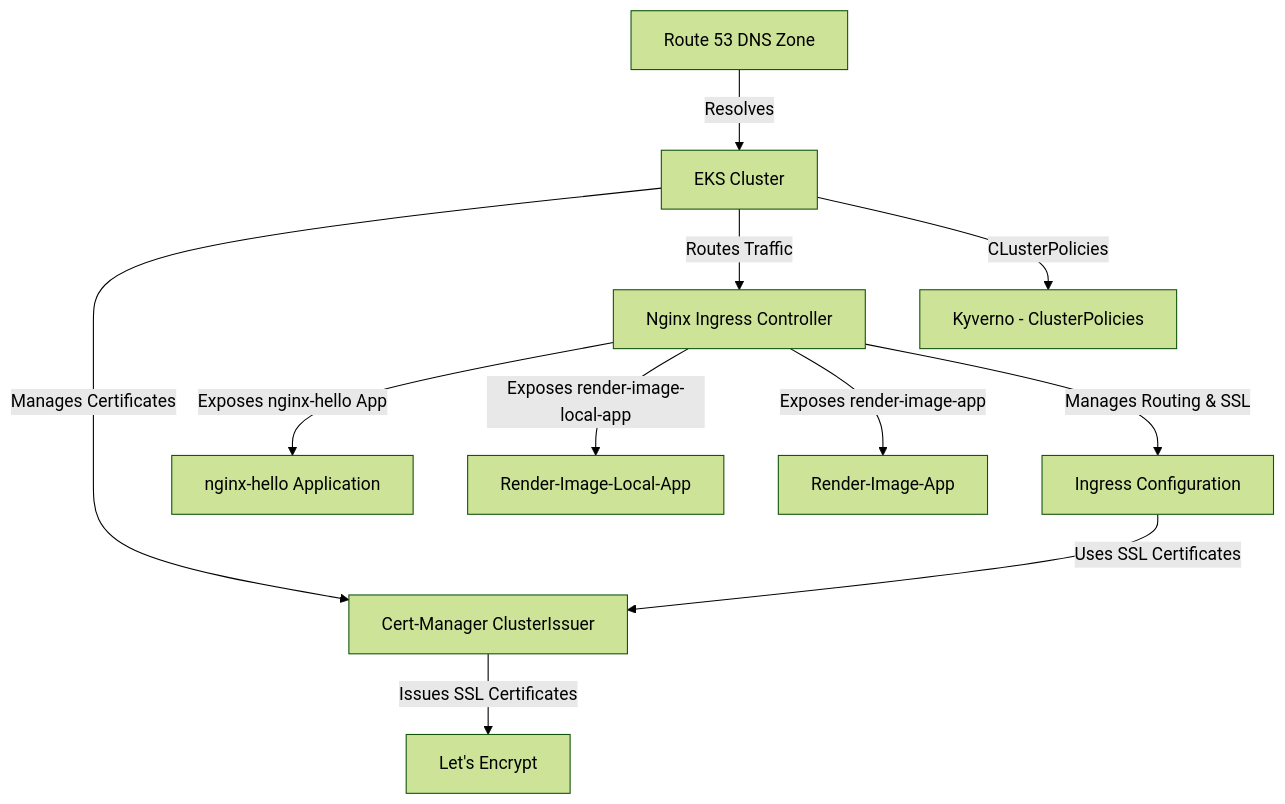
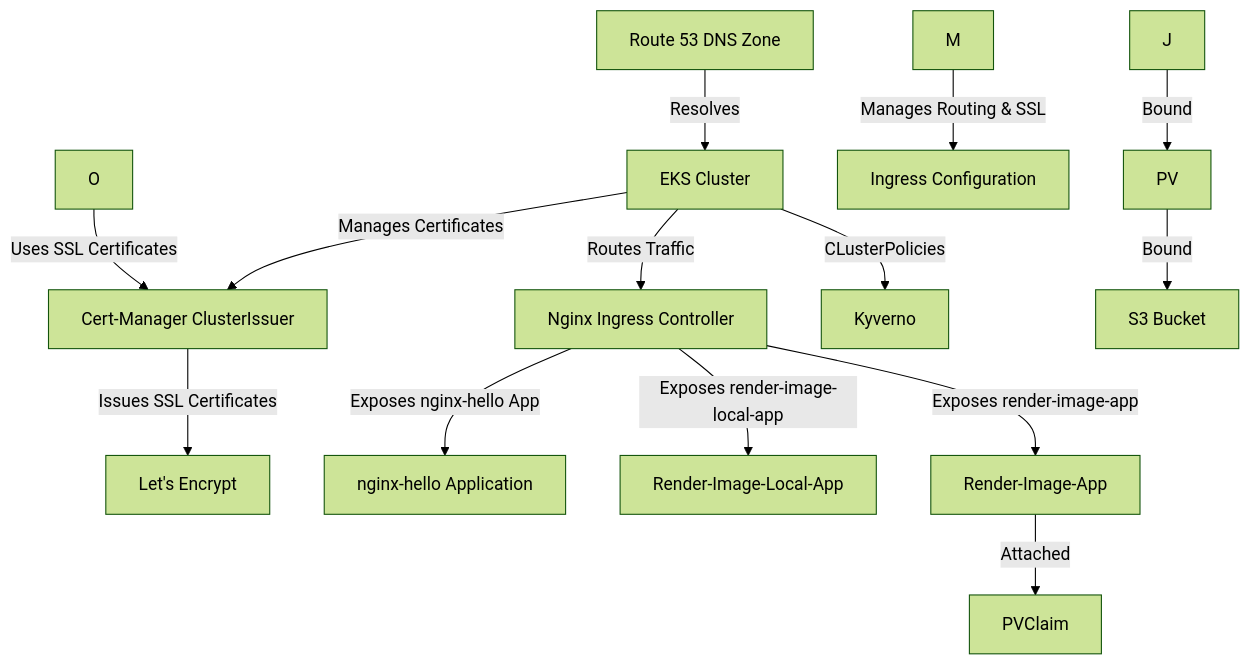
The diagram in accounts/new-work/workload/configuration/README.md (FedericoDelSaz/EKS-S3-AWS), drawn with Mermaid (forest theme) before and after one commit.

````diff
--- a/accounts/new-work/workload/configuration/README.md
+++ b/accounts/new-work/workload/configuration/README.md
@@ -50,15 +50,17 @@
 ```mermaid
 graph TD;
   A[Route 53 DNS Zone] -->|Resolves| B[EKS Cluster];
   B -->|Manages Certificates| C[Cert-Manager ClusterIssuer];
   C -->|Issues SSL Certificates| D[Let's Encrypt];
   B -->|Routes Traffic| E[Nginx Ingress Controller];
-  B -->|CLusterPolicies| J[Kyverno];
+  B -->|CLusterPolicies| P[Kyverno];
   E -->|Exposes nginx-hello App| F[nginx-hello Application];
   E -->|Exposes render-image-local-app| G[Render-Image-Local-App];
   E -->|Exposes render-image-app| H[Render-Image-App];
-  E -->|Manages Routing & SSL| I[Ingress Configuration];
-  I -->|Uses SSL Certificates| C;
-  J[Kyverno - ClusterPolicies];
+  H -->|Attached| I[PVClaim]
+  J -->|Bound| K[PV]
+  K -->|Bound| L[S3 Bucket]
+  M -->|Manages Routing & SSL| N[Ingress Configuration];
+  O -->|Uses SSL Certificates| C;
 
 ```  
````
